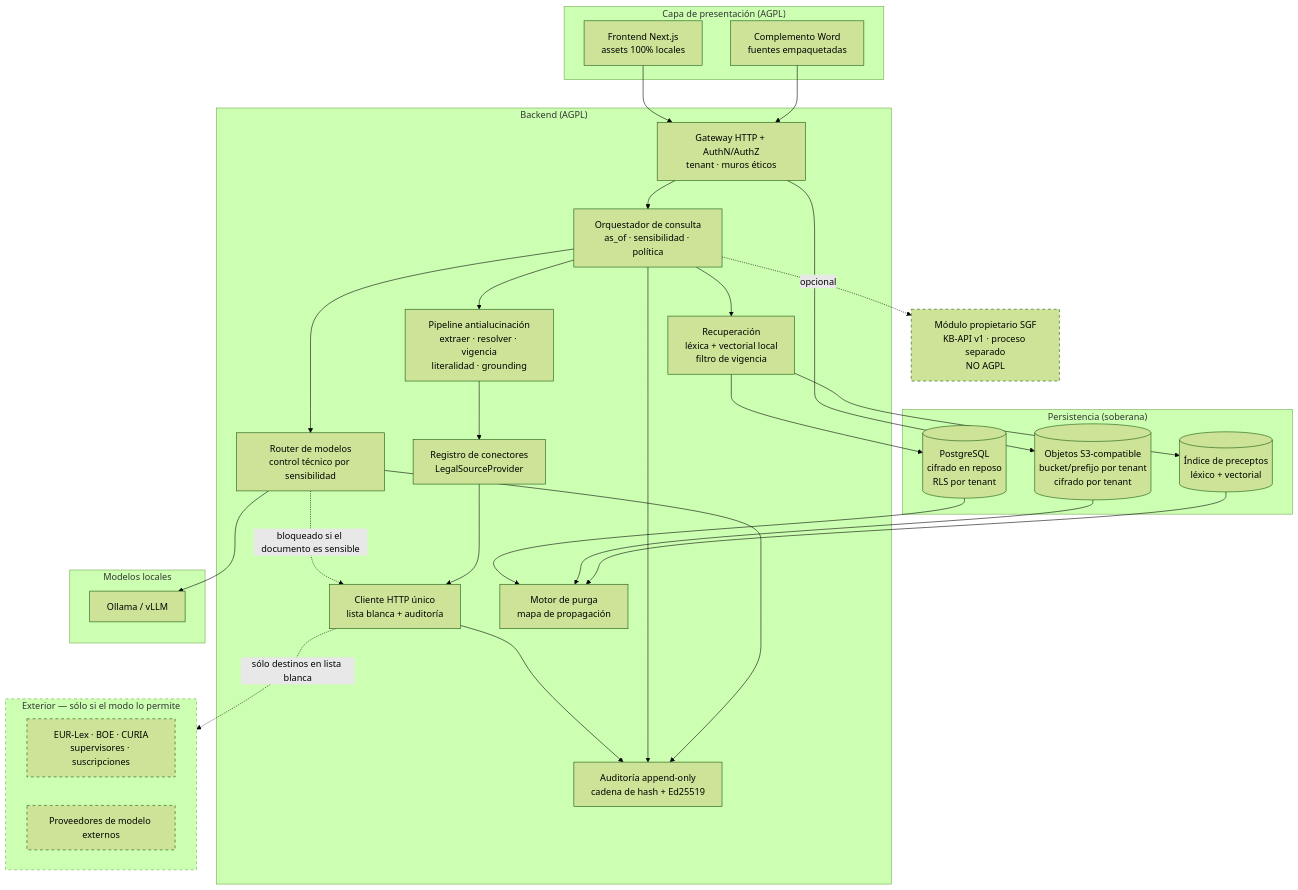
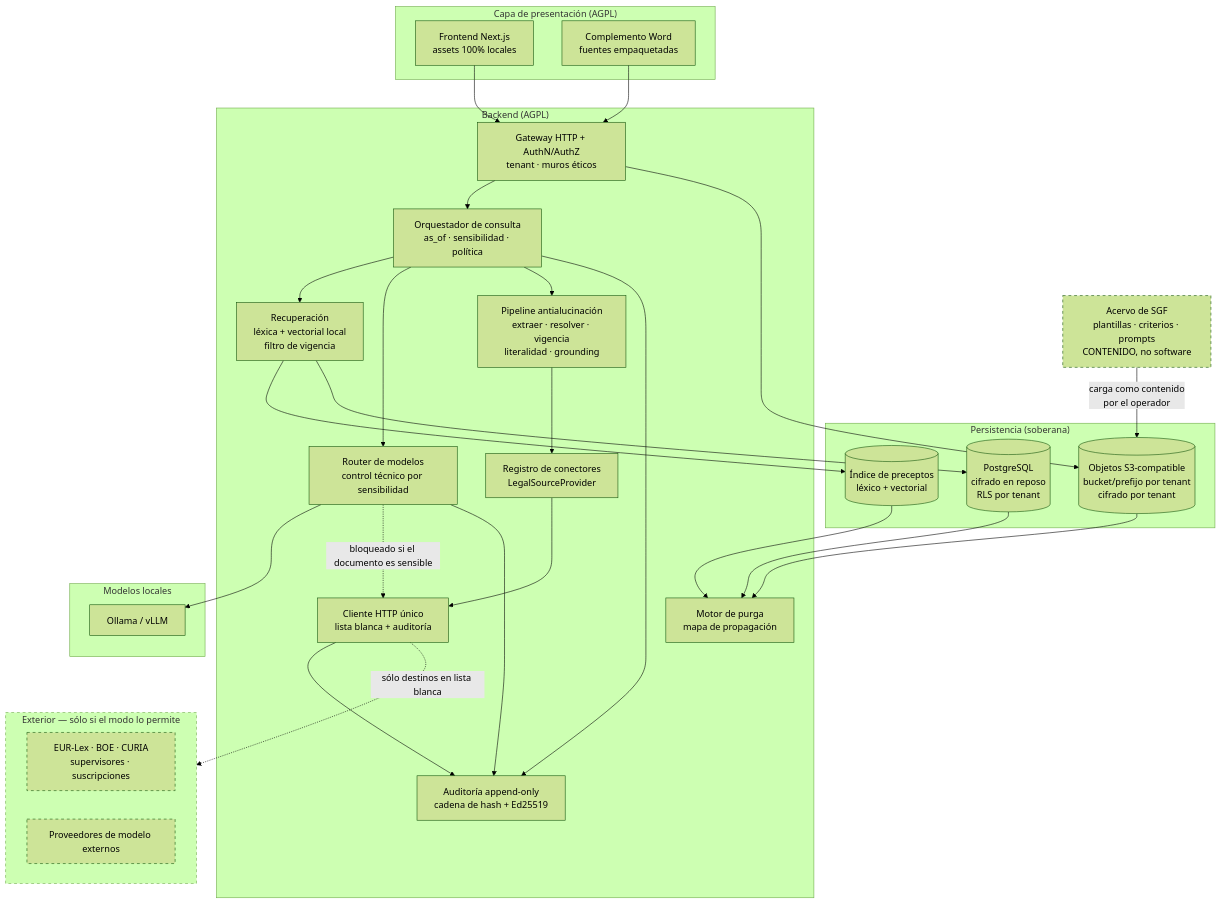
The diagram in docs/02-arquitectura-objetivo.md (sangut1/SG_website), drawn with Mermaid (forest theme) before and after one commit. The commit also changed other lines of this file and 5 other files, not shown here.

````diff
--- a/docs/02-arquitectura-objetivo.md
+++ b/docs/02-arquitectura-objetivo.md
@@ -36,61 +36,61 @@
 ```mermaid
 flowchart TB
     subgraph UI["Capa de presentación (AGPL)"]
         WEB["Frontend Next.js<br/>assets 100% locales"]
         WORD["Complemento Word<br/>fuentes empaquetadas"]
     end
 
     subgraph API["Backend (AGPL)"]
         GW["Gateway HTTP + AuthN/AuthZ<br/>tenant · muros éticos"]
         ORQ["Orquestador de consulta<br/>as_of · sensibilidad · política"]
         RET["Recuperación<br/>léxica + vectorial local<br/>filtro de vigencia"]
         VER["Pipeline antialucinación<br/>extraer · resolver · vigencia<br/>literalidad · grounding"]
         LLM["Router de modelos<br/>control técnico por sensibilidad"]
         CONN["Registro de conectores<br/>LegalSourceProvider"]
         EGR["Cliente HTTP único<br/>lista blanca + auditoría"]
         AUD["Auditoría append-only<br/>cadena de hash + Ed25519"]
         PUR["Motor de purga<br/>mapa de propagación"]
     end
 
     subgraph DATOS["Persistencia (soberana)"]
         PG[("PostgreSQL<br/>cifrado en reposo<br/>RLS por tenant")]
         OBJ[("Objetos S3-compatible<br/>bucket/prefijo por tenant<br/>cifrado por tenant")]
         IDX[("Índice de preceptos<br/>léxico + vectorial")]
     end
 
     subgraph LOCAL["Modelos locales"]
         OLL["Ollama / vLLM"]
     end
 
     subgraph EXT["Exterior — sólo si el modo lo permite"]
         FUENTES["EUR-Lex · BOE · CURIA<br/>supervisores · suscripciones"]
         MEXT["Proveedores de modelo externos"]
     end
 
-    KB["Módulo propietario SGF<br/>KB-API v1 · proceso separado<br/>NO AGPL"]
+    KB["Acervo de SGF<br/>plantillas · criterios · prompts<br/>CONTENIDO, no software"]
 
     WEB --> GW
     WORD --> GW
     GW --> ORQ
     ORQ --> RET
     ORQ --> LLM
-    ORQ -.->|opcional| KB
+    KB -->|carga como contenido<br/>por el operador| OBJ
     RET --> IDX
     RET --> PG
     LLM --> OLL
     LLM -.->|bloqueado si el documento es sensible| EGR
     ORQ --> VER
     VER --> CONN
     CONN --> EGR
     EGR -.->|sólo destinos en lista blanca| EXT
     EGR --> AUD
     ORQ --> AUD
     LLM --> AUD
     PG --> PUR
     OBJ --> PUR
     IDX --> PUR
     GW --> OBJ
 
-    classDef prohibido stroke-dasharray: 5 5
-    class EXT,MEXT,FUENTES,KB prohibido
+    classDef externo stroke-dasharray: 5 5
+    class EXT,MEXT,FUENTES,KB externo
 ```
````
